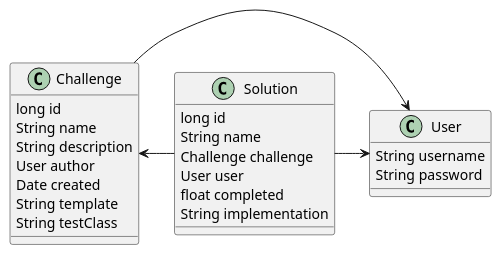
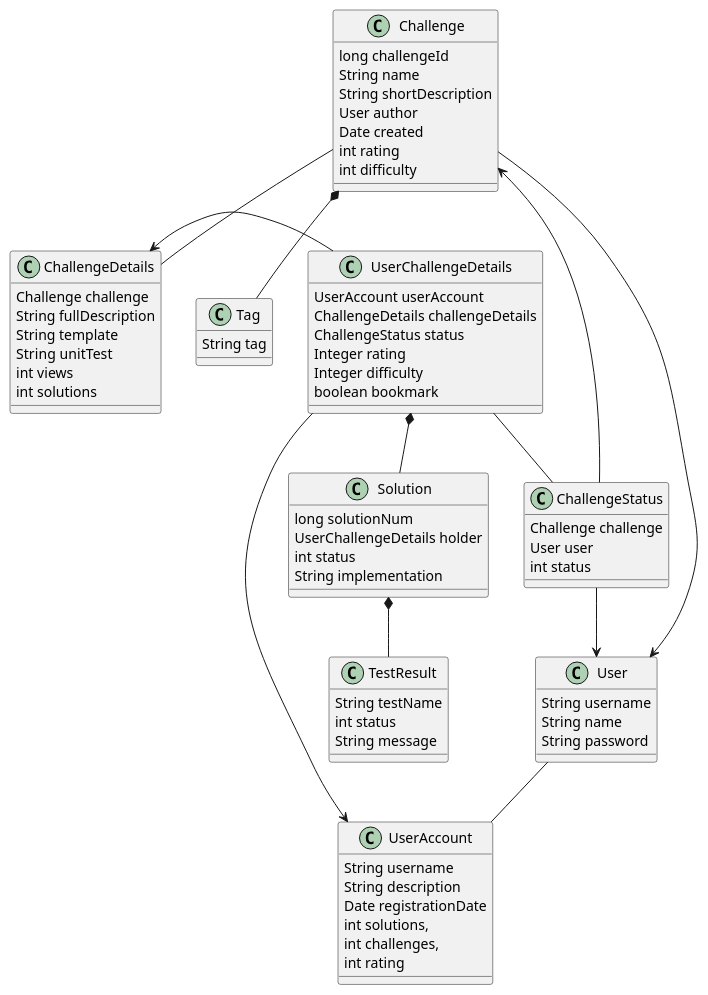
One commit to Daemon712/foobarbaz-backend changed the diagram in design/data_model/common.puml. Above: the diagram before and after it, drawn with PlantUML.

Commit message:
align UML design to impl

```diff
--- a/design/data_model/common.puml
+++ b/design/data_model/common.puml
@@ -1,32 +1,82 @@
 @startuml
 
 class User {
     String username
+    String name
     String password
 }
 
+class UserAccount {
+    String username
+    String description
+    Date registrationDate
+    int solutions,
+    int challenges,
+    int rating
+}
+
 class Challenge {
-    long id
+    long challengeId
     String name
-    String description
+    String shortDescription
     User author
     Date created
+    int rating
+    int difficulty
+}
+
+class ChallengeDetails {
+    Challenge challenge
+    String fullDescription
     String template
-    String testClass
+    String unitTest
+    int views
+    int solutions
+}
+
+class ChallengeStatus {
+    Challenge challenge
+    User user
+    int status
+}
+
+class Tag {
+    String tag
+}
+
+class UserChallengeDetails {
+    UserAccount userAccount
+    ChallengeDetails challengeDetails
+    ChallengeStatus status
+    Integer rating
+    Integer difficulty
+    boolean bookmark
 }
 
 class Solution {
-    long id
-    String name
-    Challenge challenge
-    User user
-    float completed
+    long solutionNum
+    UserChallengeDetails holder
+    int status
     String implementation
+}
+
+class TestResult {
+    String testName
+    int status
+    String message
 }
 
 
 Challenge -> User
-Challenge <- Solution
-Solution -> User
+Challenge *-- Tag
+User -- UserAccount
+Challenge -- ChallengeDetails
+ChallengeStatus --> User
+ChallengeStatus --> Challenge
+ChallengeDetails <- UserChallengeDetails
+UserChallengeDetails -> UserAccount
+UserChallengeDetails -- ChallengeStatus
+UserChallengeDetails *-- Solution
+Solution *-- TestResult
 
 @enduml
```
